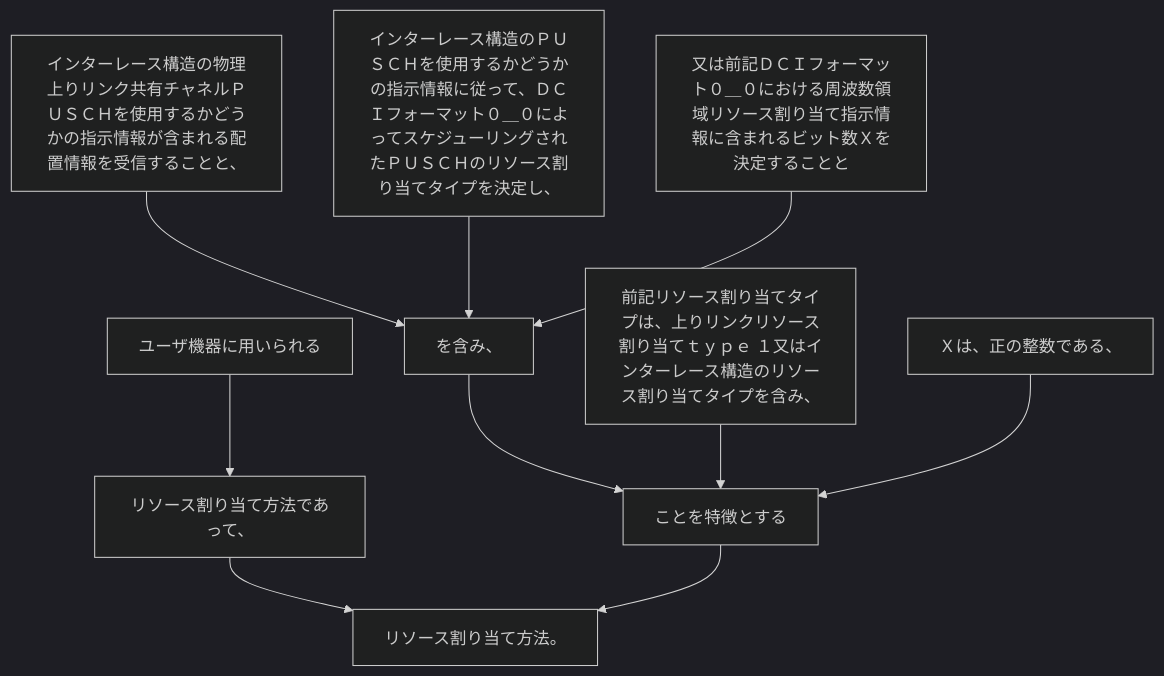
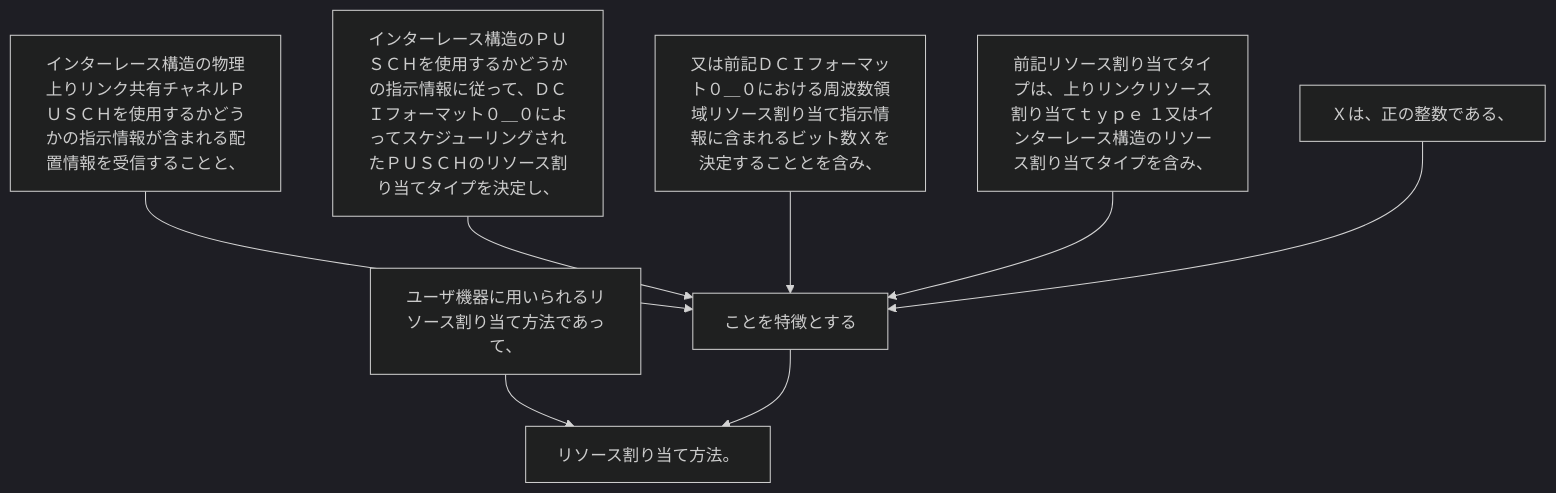
Before and after one commit to shinmori55/patent_analyzed: the diagram in 2024/JP2024029186A/claim_1/README.md, drawn with Mermaid (dark theme). The commit also changed 336 other files, not shown here.

````diff
--- a/2024/JP2024029186A/claim_1/README.md
+++ b/2024/JP2024029186A/claim_1/README.md
@@ -4,22 +4,18 @@
 ```mermaid
 flowchart TD
-A[ユーザ機器に用いられる]
-B[リソース割り当て方法であって、]
-C[インターレース構造の物理上りリンク共有チャネルＰＵＳＣＨを使用するかどうかの指示情報が含まれる配置情報を受信することと、]
-D[インターレース構造のＰＵＳＣＨを使用するかどうかの指示情報に従って、ＤＣＩフォーマット０＿０によってスケジューリングされたＰＵＳＣＨのリソース割り当てタイプを決定し、]
-E[又は前記ＤＣＩフォーマット０＿０における周波数領域リソース割り当て指示情報に含まれるビット数Ｘを決定することと]
-F[を含み、]
-G[前記リソース割り当てタイプは、上りリンクリソース割り当てｔｙｐｅ １又はインターレース構造のリソース割り当てタイプを含み、]
-H[Ｘは、正の整数である、]
-I[ことを特徴とする]
-J[リソース割り当て方法。]
-A --> B
-B --> J
-C --> F
-D --> F
-E --> F
-F --> I
-G --> I
-H --> I
-I --> J
+A[ユーザ機器に用いられるリソース割り当て方法であって、]
+B[インターレース構造の物理上りリンク共有チャネルＰＵＳＣＨを使用するかどうかの指示情報が含まれる配置情報を受信することと、]
+C[インターレース構造のＰＵＳＣＨを使用するかどうかの指示情報に従って、ＤＣＩフォーマット０＿０によってスケジューリングされたＰＵＳＣＨのリソース割り当てタイプを決定し、]
+D[又は前記ＤＣＩフォーマット０＿０における周波数領域リソース割り当て指示情報に含まれるビット数Ｘを決定することとを含み、]
+E[前記リソース割り当てタイプは、上りリンクリソース割り当てｔｙｐｅ １又はインターレース構造のリソース割り当てタイプを含み、]
+F[Ｘは、正の整数である、]
+G[ことを特徴とする]
+H[リソース割り当て方法。]
+A --> H
+B --> G
+C --> G
+D --> G
+E --> G
+F --> G
+G --> H
 ```
````
